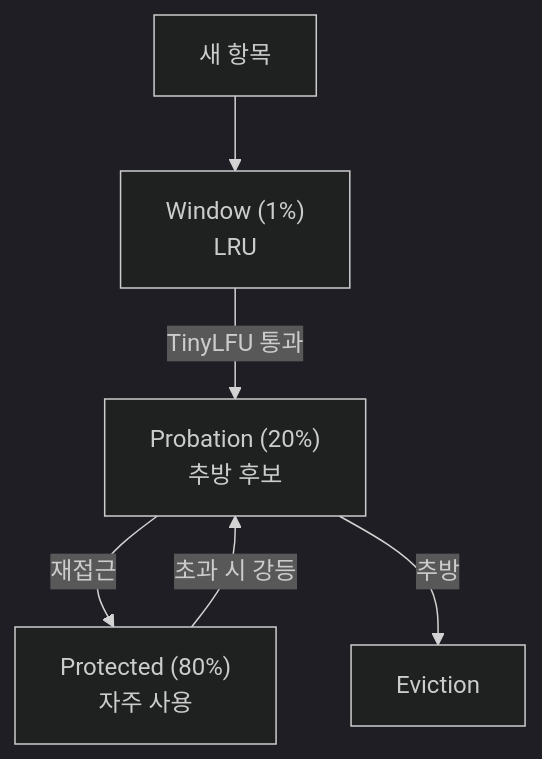
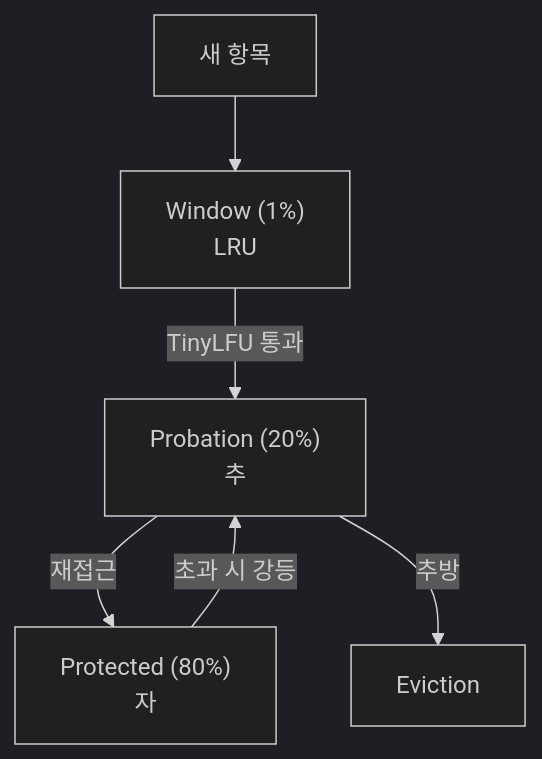
Before and after one commit to yjkim2015/yjkim2015.github.io: the third of 4 diagrams in _posts/localcache/2026-05-01-cache-eviction-algorithms.md, drawn with Mermaid (dark theme). The commit also changed other lines of this file and 271 other files, not shown here.

First line of the commit message:
Mermaid 라벨 축소: 긴 노드 텍스트 18자 이하로 트림 + \n 제거

````diff
--- a/_posts/localcache/2026-05-01-cache-eviction-algorithms.md
+++ b/_posts/localcache/2026-05-01-cache-eviction-algorithms.md
@@ -413,8 +413,8 @@
 ```mermaid
 graph TD
     NEW["새 항목"] --> WC["Window (1%)\nLRU"]
-    WC -->|TinyLFU 통과| PROB["Probation (20%)\n추방 후보"]
-    PROB -->|재접근| PROT["Protected (80%)\n자주 사용"]
+    WC -->|TinyLFU 통과| PROB["Probation (20%)\n추"]
+    PROB -->|재접근| PROT["Protected (80%)\n자"]
     PROT -->|초과 시 강등| PROB
     PROB -->|추방| EVICT["Eviction"]
 ```
````
